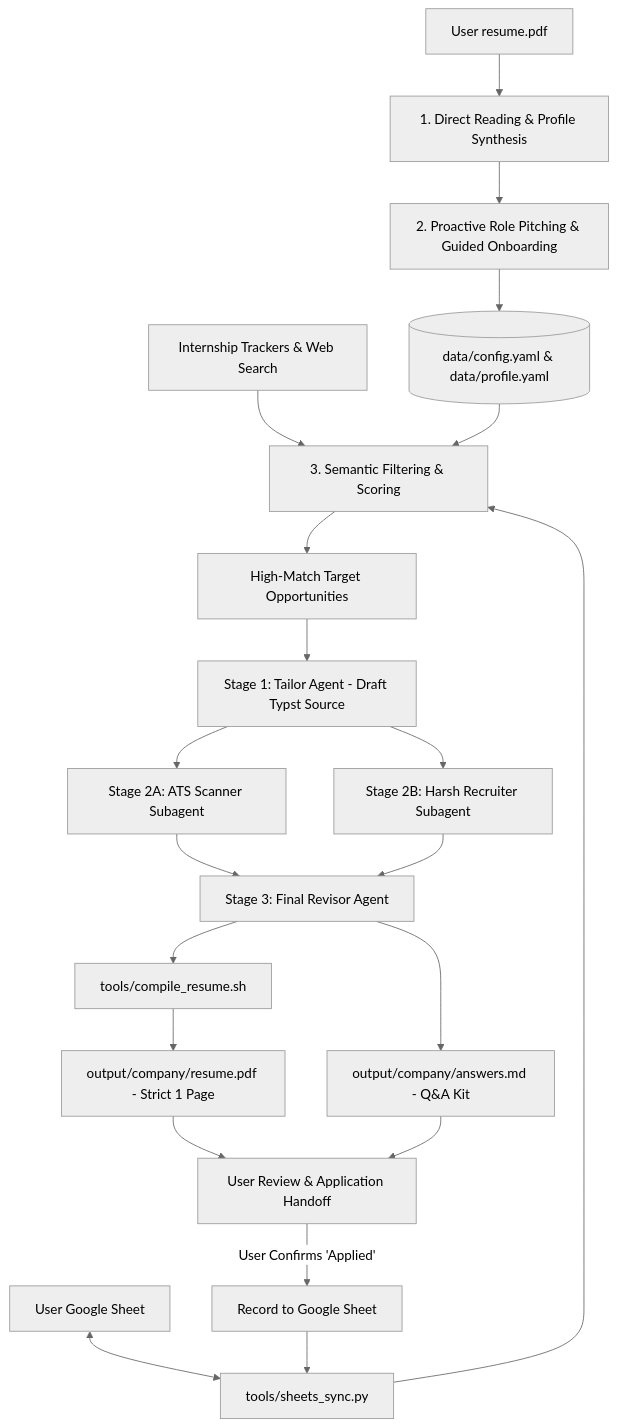
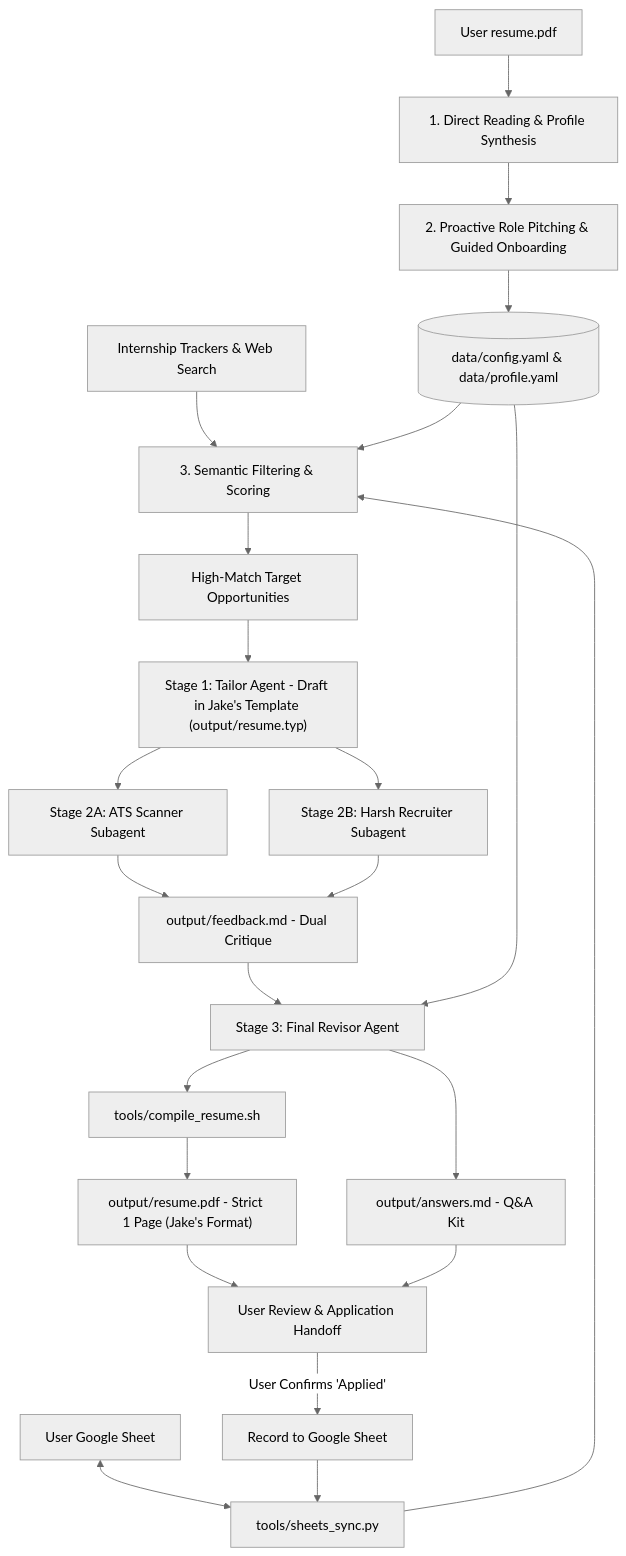
One commit to AtesIsf/internship-hunter changed the diagram in .agents/skills/internship-hunter/SKILL.md. Above: the diagram before and after it, drawn with Mermaid (neutral theme). The commit also changed other lines of this file and 8 other files, not shown here.

Commit message:
feat(templates): adopt Jake's resume standard, single output file, and industry guidelines

````diff
--- a/.agents/skills/internship-hunter/SKILL.md
+++ b/.agents/skills/internship-hunter/SKILL.md
@@ -18,23 +18,24 @@
 ```mermaid
 flowchart TD
-    A[User resume.pdf] --> B[1. Direct Reading & Profile Synthesis]
-    B --> C[2. Proactive Role Pitching & Guided Onboarding]
-    C --> D[(data/config.yaml & data/profile.yaml)]
+    A["User resume.pdf"] --> B["1. Direct Reading & Profile Synthesis"]
+    B --> C["2. Proactive Role Pitching & Guided Onboarding"]
+    C --> D[("data/config.yaml & data/profile.yaml")]
     
-    E[User Google Sheet] <--> F[tools/sheets_sync.py]
+    E["User Google Sheet"] <--> F["tools/sheets_sync.py"]
     
-    G[Internship Trackers & Web Search] --> H[3. Semantic Filtering & Scoring]
+    G["Internship Trackers & Web Search"] --> H["3. Semantic Filtering & Scoring"]
     D & F --> H
-    H --> I[High-Match Target Opportunities]
+    H --> I["High-Match Target Opportunities"]
     
-    I --> J[Stage 1: Tailor Agent - Draft Typst Source]
-    J --> K[Stage 2A: ATS Scanner Subagent]
-    J --> L[Stage 2B: Harsh Recruiter Subagent]
-    K & L --> M[Stage 3: Final Revisor Agent]
-    M --> N[tools/compile_resume.sh]
-    N --> O[output/company/resume.pdf - Strict 1 Page]
-    M --> P[output/company/answers.md - Q&A Kit]
-    O & P --> Q[User Review & Application Handoff]
-    Q -->|User Confirms 'Applied'| R[Record to Google Sheet]
+    I --> J["Stage 1: Tailor Agent - Draft in Jake's Template (output/resume.typ)"]
+    J --> K["Stage 2A: ATS Scanner Subagent"]
+    J --> L["Stage 2B: Harsh Recruiter Subagent"]
+    K & L --> S["output/feedback.md - Dual Critique"]
+    S & D --> M["Stage 3: Final Revisor Agent"]
+    M --> N["tools/compile_resume.sh"]
+    N --> O["output/resume.pdf - Strict 1 Page (Jake's Format)"]
+    M --> P["output/answers.md - Q&A Kit"]
+    O & P --> Q["User Review & Application Handoff"]
+    Q -->|"User Confirms 'Applied'"| R["Record to Google Sheet"]
     R --> F
 ```
````
